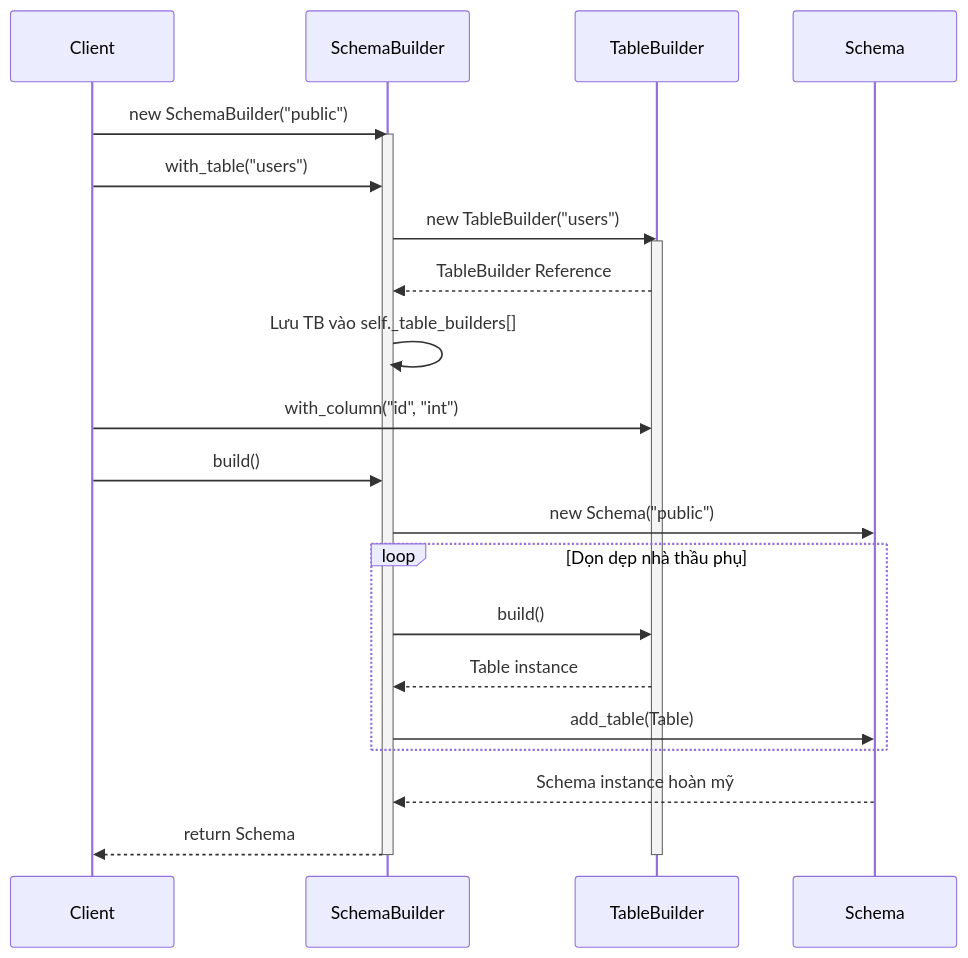
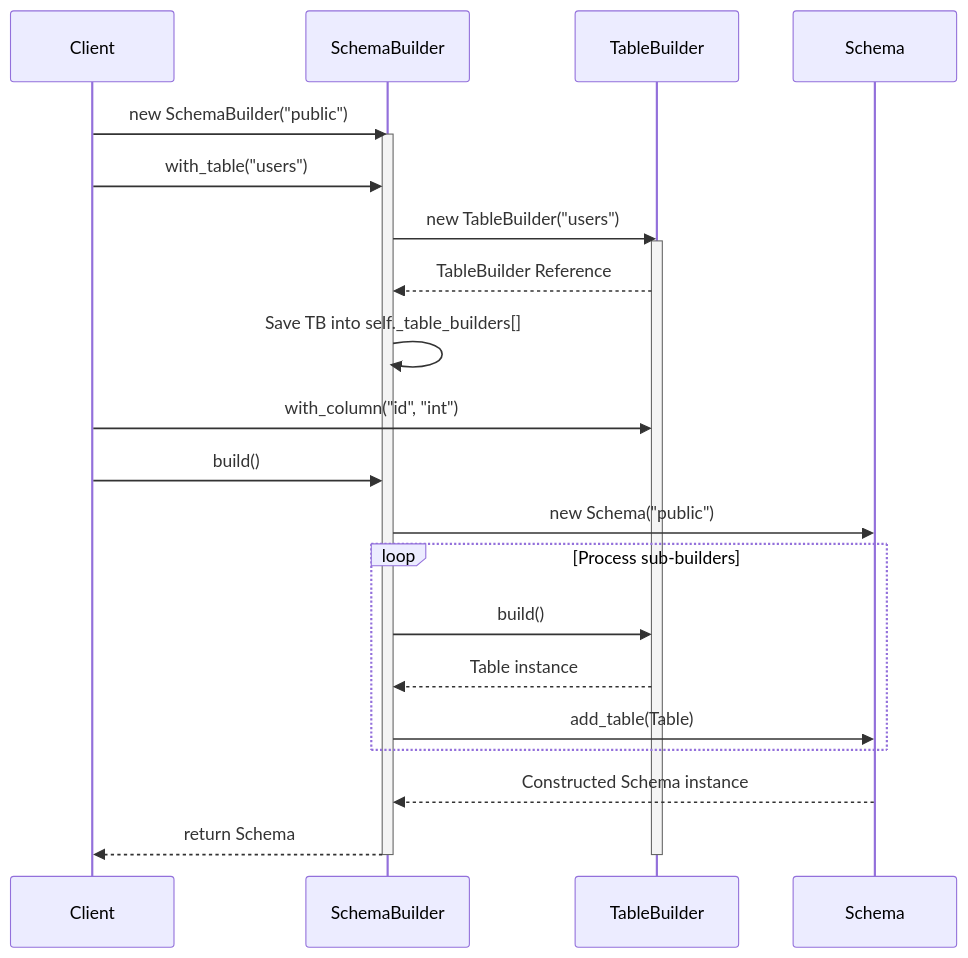
The sixth of 18 diagrams in docs/readme.md (Ricky13170/bbv_DBMS), drawn with Mermaid before and after one commit. The commit also changed other lines of this file, not shown here.

````diff
--- a/docs/readme.md
+++ b/docs/readme.md
@@ -141,33 +141,33 @@
 ```mermaid
 sequenceDiagram
     participant Client
     participant SB as SchemaBuilder
     participant TB as TableBuilder
     participant Sch as Schema
     
     Client->>SB: new SchemaBuilder("public")
     activate SB
     
     Client->>SB: with_table("users")
     SB->>TB: new TableBuilder("users")
     activate TB
     TB-->>SB: TableBuilder Reference
-    SB->>SB: Lưu TB vào self._table_builders[]
+    SB->>SB: Save TB into self._table_builders[]
     
     %% Triggers Fluent Chaining directly on the returned TB
     Client->>TB: with_column("id", "int")
     
     Client->>SB: build()
     SB->>Sch: new Schema("public")
     
-    loop Dọn dẹp nhà thầu phụ
+    loop Process sub-builders
         SB->>TB: build()
         TB-->>SB: Table instance
         SB->>Sch: add_table(Table)
     end
     
-    Sch-->>SB: Schema instance hoàn mỹ
+    Sch-->>SB: Constructed Schema instance
     SB-->>Client: return Schema
     deactivate TB
     deactivate SB
 ```
````
